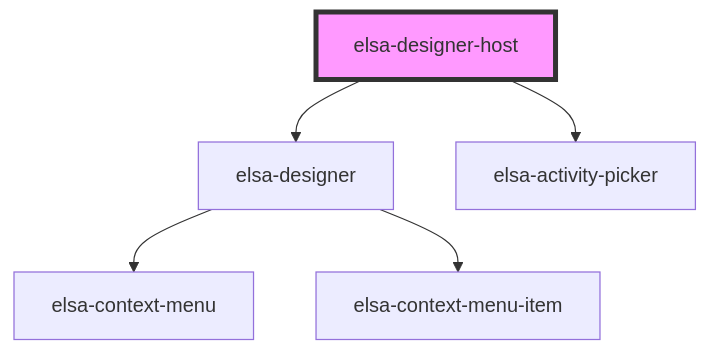
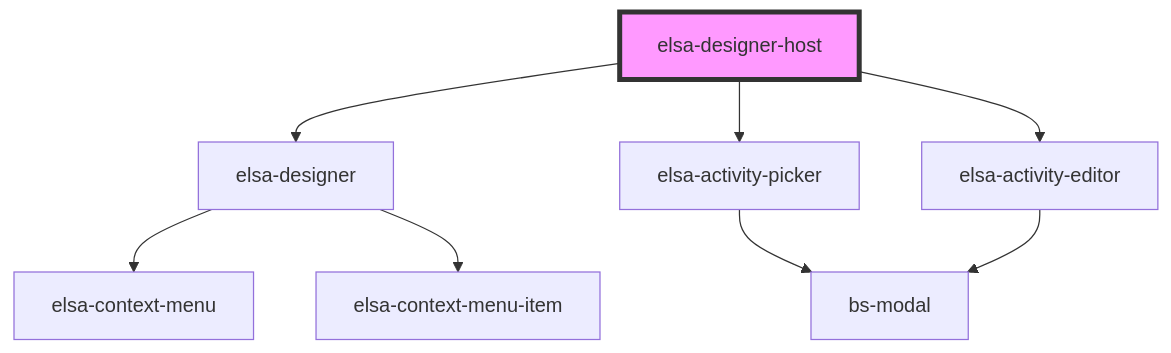
The diagram in elsa-workflows/src/components/designer-host/readme.md (elsa-workflows/elsa-designer), drawn with Mermaid before and after one commit. The commit also changed other lines of this file and 17 other files, not shown here.

Commit message:
Incremental work on service container, activity drivers and activity editor

````diff
--- a/elsa-workflows/src/components/designer-host/readme.md
+++ b/elsa-workflows/src/components/designer-host/readme.md
@@ -24,8 +26,11 @@
 ```mermaid
 graph TD;
   elsa-designer-host --> elsa-designer
   elsa-designer-host --> elsa-activity-picker
+  elsa-designer-host --> elsa-activity-editor
   elsa-designer --> elsa-context-menu
   elsa-designer --> elsa-context-menu-item
+  elsa-activity-picker --> bs-modal
+  elsa-activity-editor --> bs-modal
   style elsa-designer-host fill:#f9f,stroke:#333,stroke-width:4px
 ```
````
